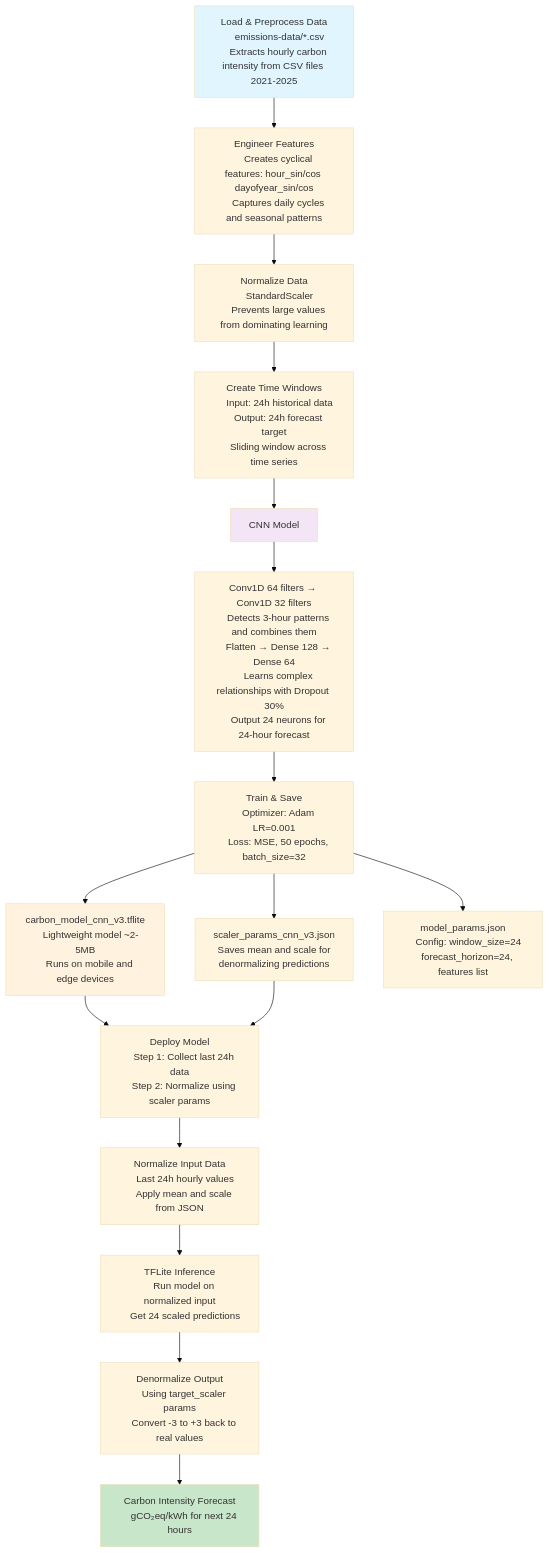
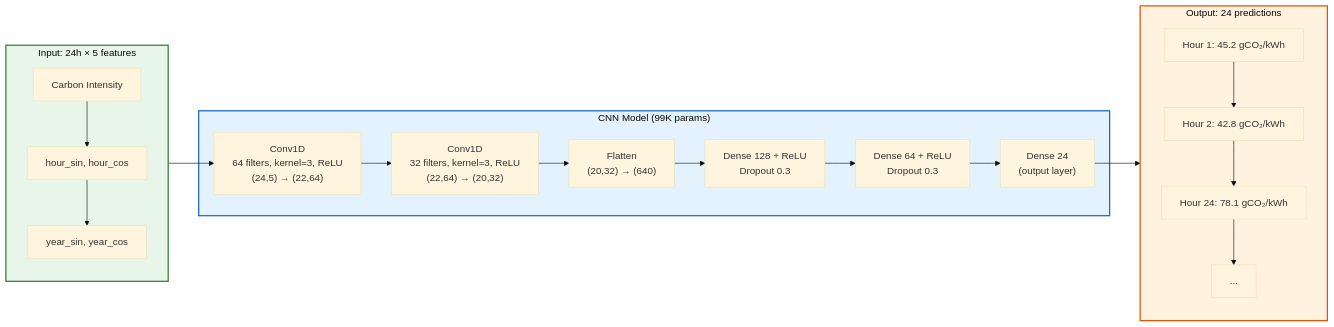
Before and after one commit to The-European-Avengers/MAJJ-ADL-eris: the diagram in docs/cnn.mmd, drawn with Mermaid (base theme). The commit also changed 3 other files, not shown here.

```diff
--- a/docs/cnn.mmd
+++ b/docs/cnn.mmd
@@ -1,64 +1,39 @@
-graph TD
-    A["Load & Preprocess Data
-    emissions-data/*.csv
-    Extracts hourly carbon intensity from CSV files 2021-2025"]
+graph LR
+    subgraph INPUT["Input: 24h × 5 features"]
+        I1["Carbon Intensity"]
+        I1 --> I2
+        I2["hour_sin, hour_cos"]
+        I2 --> I3
+        I3["year_sin, year_cos"]
+    end
 
-    A --> B["Engineer Features
-    Creates cyclical features: hour_sin/cos dayofyear_sin/cos
-    Captures daily cycles and seasonal patterns"]
+    subgraph CNN["CNN Model (99K params)"]
+        C1["Conv1D<br/>64 filters, kernel=3, ReLU<br/>(24,5) → (22,64)"]
+        C2["Conv1D<br/>32 filters, kernel=3, ReLU<br/>(22,64) → (20,32)"]
+        F["Flatten<br/>(20,32) → (640)"]
+        D1["Dense 128 + ReLU<br/>Dropout 0.3"]
+        D2["Dense 64 + ReLU<br/>Dropout 0.3"]
+        D3["Dense 24<br/>(output layer)"]
+    end
 
-    B --> C["Normalize Data
-    StandardScaler
-    Prevents large values from dominating learning"]
+    subgraph OUTPUT["Output: 24 predictions"]
+        O1["Hour 1: 45.2 gCO₂/kWh"]
+        O1 --> O2
+        O2["Hour 2: 42.8 gCO₂/kWh"]
+        O2 --> O3
+        O3["Hour 24: 78.1 gCO₂/kWh"]
+        O4["..."]
+        O3 --> O4
+    end
 
-    C --> D["Create Time Windows
-    Input: 24h historical data
-    Output: 24h forecast target
-    Sliding window across time series"]
+    INPUT --> C1
+    C1 --> C2
+    C2 --> F
+    F --> D1
+    D1 --> D2
+    D2 --> D3
+    D3 --> OUTPUT
 
-    D --> E["CNN Model"]
-
-    E --> F["Conv1D 64 filters → Conv1D 32 filters
-    Detects 3-hour patterns and combines them
-    Flatten → Dense 128 → Dense 64
-    Learns complex relationships with Dropout 30%
-    Output 24 neurons for 24-hour forecast"]
-
-    F --> G["Train & Save
-    Optimizer: Adam LR=0.001
-    Loss: MSE, 50 epochs, batch_size=32"]
-
-    G --> H["carbon_model_cnn_v3.tflite
-    Lightweight model ~2-5MB
-    Runs on mobile and edge devices"]
-    G --> I["scaler_params_cnn_v3.json
-    Saves mean and scale for
-    denormalizing predictions"]
-    G --> J["model_params.json
-    Config: window_size=24
-    forecast_horizon=24, features list"]
-
-    H --> K["Deploy Model
-    Step 1: Collect last 24h data
-    Step 2: Normalize using scaler params"]
-    I --> K
-
-    K --> L["Normalize Input Data
-    Last 24h hourly values
-    Apply mean and scale from JSON"]
-
-    L --> M["TFLite Inference
-    Run model on normalized input
-    Get 24 scaled predictions"]
-
-    M --> N["Denormalize Output
-    Using target_scaler params
-    Convert -3 to +3 back to real values"]
-
-    N --> O["Carbon Intensity Forecast
-    gCO₂eq/kWh for next 24 hours"]
-
-    style A fill:#e1f5ff
-    style E fill:#f3e5f5
-    style H fill:#fff3e0
-    style O fill:#c8e6c9
+    style INPUT fill:#e8f5e9,stroke:#2e7d32,stroke-width:2px
+    style CNN fill:#e3f2fd,stroke:#1565c0,stroke-width:2px
+    style OUTPUT fill:#fff3e0,stroke:#e65100,stroke-width:2px
```
